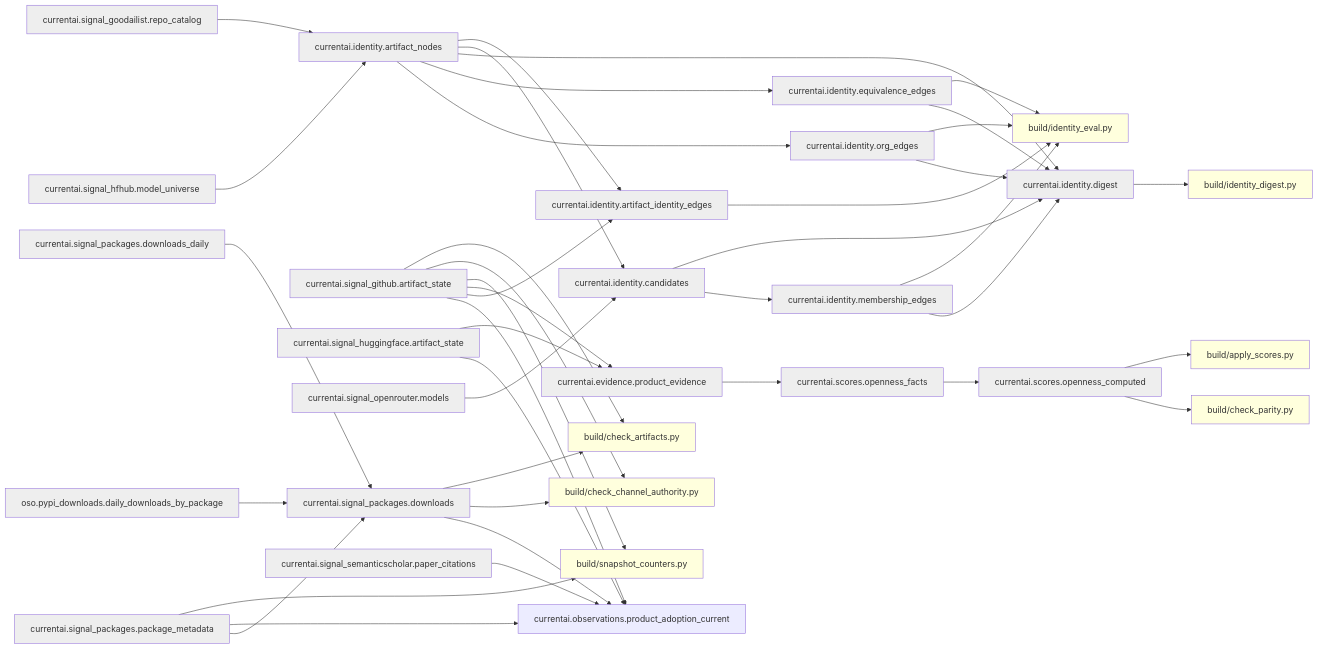
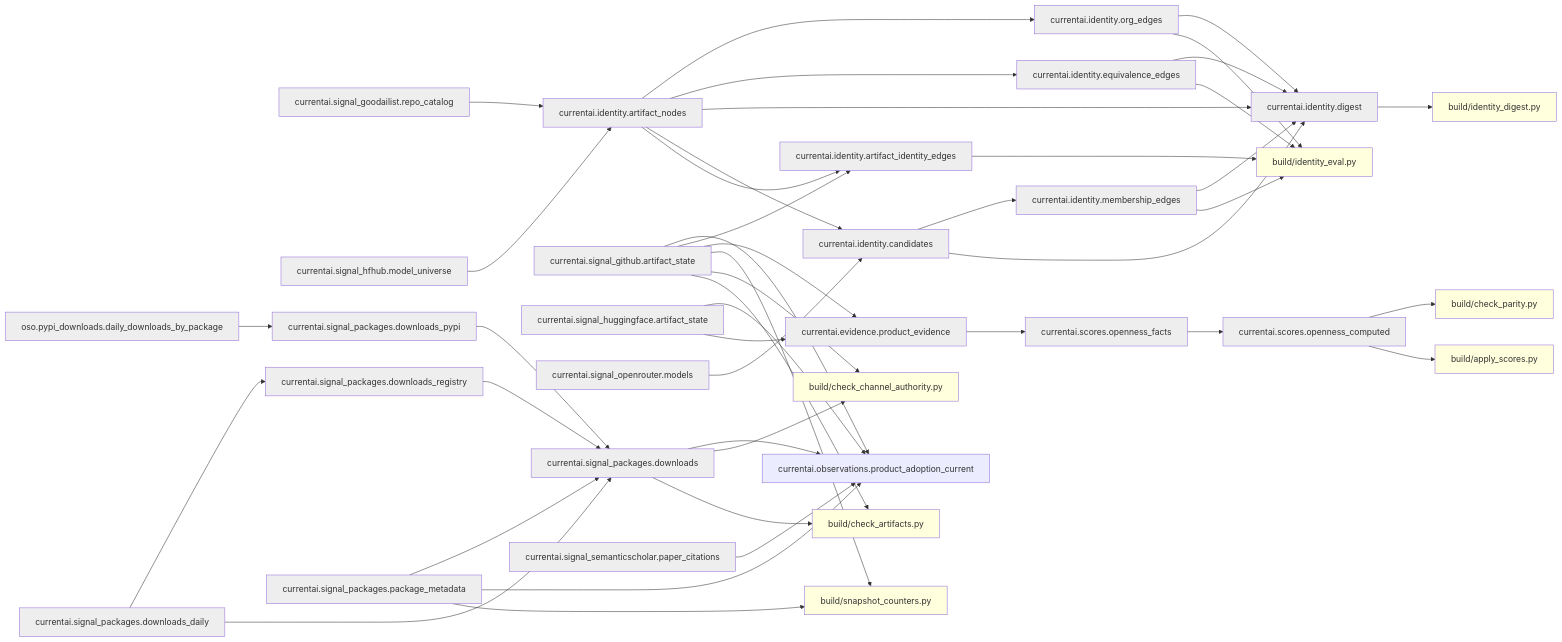
Before and after one commit to currentai-org/os-ai-map: the second of 3 diagrams in docs/architecture/current-state-dag.md, drawn with Mermaid. The commit also changed 6 other files, not shown here.

First line of the commit message:
chore(warehouse): mirror the two signal_packages feeders and fix the dependency graph

````diff
--- a/docs/architecture/current-state-dag.md
+++ b/docs/architecture/current-state-dag.md
@@ -93,45 +93,48 @@
 ```mermaid
 graph LR
   currentai__evidence__product_evidence[currentai.evidence.product_evidence]:::dep --> currentai__scores__openness_facts[currentai.scores.openness_facts]:::dep
   currentai__identity__artifact_identity_edges[currentai.identity.artifact_identity_edges]:::dep --> build/identity_eval__py[build/identity_eval.py]:::audit
   currentai__identity__artifact_nodes[currentai.identity.artifact_nodes]:::dep --> currentai__identity__artifact_identity_edges[currentai.identity.artifact_identity_edges]:::dep
   currentai__identity__artifact_nodes[currentai.identity.artifact_nodes]:::dep --> currentai__identity__candidates[currentai.identity.candidates]:::dep
   currentai__identity__artifact_nodes[currentai.identity.artifact_nodes]:::dep --> currentai__identity__digest[currentai.identity.digest]:::dep
   currentai__identity__artifact_nodes[currentai.identity.artifact_nodes]:::dep --> currentai__identity__equivalence_edges[currentai.identity.equivalence_edges]:::dep
   currentai__identity__artifact_nodes[currentai.identity.artifact_nodes]:::dep --> currentai__identity__org_edges[currentai.identity.org_edges]:::dep
   currentai__identity__candidates[currentai.identity.candidates]:::dep --> currentai__identity__digest[currentai.identity.digest]:::dep
   currentai__identity__candidates[currentai.identity.candidates]:::dep --> currentai__identity__membership_edges[currentai.identity.membership_edges]:::dep
   currentai__identity__digest[currentai.identity.digest]:::dep --> build/identity_digest__py[build/identity_digest.py]:::audit
   currentai__identity__equivalence_edges[currentai.identity.equivalence_edges]:::dep --> build/identity_eval__py[build/identity_eval.py]:::audit
   currentai__identity__equivalence_edges[currentai.identity.equivalence_edges]:::dep --> currentai__identity__digest[currentai.identity.digest]:::dep
   currentai__identity__membership_edges[currentai.identity.membership_edges]:::dep --> build/identity_eval__py[build/identity_eval.py]:::audit
   currentai__identity__membership_edges[currentai.identity.membership_edges]:::dep --> currentai__identity__digest[currentai.identity.digest]:::dep
   currentai__identity__org_edges[currentai.identity.org_edges]:::dep --> build/identity_eval__py[build/identity_eval.py]:::audit
   currentai__identity__org_edges[currentai.identity.org_edges]:::dep --> currentai__identity__digest[currentai.identity.digest]:::dep
   currentai__scores__openness_computed[currentai.scores.openness_computed]:::dep --> build/apply_scores__py[build/apply_scores.py]:::audit
   currentai__scores__openness_computed[currentai.scores.openness_computed]:::dep --> build/check_parity__py[build/check_parity.py]:::audit
   currentai__scores__openness_facts[currentai.scores.openness_facts]:::dep --> currentai__scores__openness_computed[currentai.scores.openness_computed]:::dep
   currentai__signal_github__artifact_state[currentai.signal_github.artifact_state]:::dep --> build/check_artifacts__py[build/check_artifacts.py]:::audit
   currentai__signal_github__artifact_state[currentai.signal_github.artifact_state]:::dep --> build/check_channel_authority__py[build/check_channel_authority.py]:::audit
   currentai__signal_github__artifact_state[currentai.signal_github.artifact_state]:::dep --> build/snapshot_counters__py[build/snapshot_counters.py]:::audit
   currentai__signal_github__artifact_state[currentai.signal_github.artifact_state]:::dep --> currentai__evidence__product_evidence[currentai.evidence.product_evidence]:::dep
   currentai__signal_github__artifact_state[currentai.signal_github.artifact_state]:::dep --> currentai__identity__artifact_identity_edges[currentai.identity.artifact_identity_edges]:::dep
   currentai__signal_github__artifact_state[currentai.signal_github.artifact_state]:::dep --> currentai__observations__product_adoption_current[currentai.observations.product_adoption_current]
   currentai__signal_goodailist__repo_catalog[currentai.signal_goodailist.repo_catalog]:::dep --> currentai__identity__artifact_nodes[currentai.identity.artifact_nodes]:::dep
   currentai__signal_hfhub__model_universe[currentai.signal_hfhub.model_universe]:::dep --> currentai__identity__artifact_nodes[currentai.identity.artifact_nodes]:::dep
   currentai__signal_huggingface__artifact_state[currentai.signal_huggingface.artifact_state]:::dep --> currentai__evidence__product_evidence[currentai.evidence.product_evidence]:::dep
   currentai__signal_huggingface__artifact_state[currentai.signal_huggingface.artifact_state]:::dep --> currentai__observations__product_adoption_current[currentai.observations.product_adoption_current]
   currentai__signal_openrouter__models[currentai.signal_openrouter.models]:::dep --> currentai__identity__candidates[currentai.identity.candidates]:::dep
   currentai__signal_packages__downloads[currentai.signal_packages.downloads]:::dep --> build/check_artifacts__py[build/check_artifacts.py]:::audit
   currentai__signal_packages__downloads[currentai.signal_packages.downloads]:::dep --> build/check_channel_authority__py[build/check_channel_authority.py]:::audit
   currentai__signal_packages__downloads[currentai.signal_packages.downloads]:::dep --> currentai__observations__product_adoption_current[currentai.observations.product_adoption_current]
   currentai__signal_packages__downloads_daily[currentai.signal_packages.downloads_daily]:::dep --> currentai__signal_packages__downloads[currentai.signal_packages.downloads]:::dep
+  currentai__signal_packages__downloads_daily[currentai.signal_packages.downloads_daily]:::dep --> currentai__signal_packages__downloads_registry[currentai.signal_packages.downloads_registry]:::dep
+  currentai__signal_packages__downloads_pypi[currentai.signal_packages.downloads_pypi]:::dep --> currentai__signal_packages__downloads[currentai.signal_packages.downloads]:::dep
+  currentai__signal_packages__downloads_registry[currentai.signal_packages.downloads_registry]:::dep --> currentai__signal_packages__downloads[currentai.signal_packages.downloads]:::dep
   currentai__signal_packages__package_metadata[currentai.signal_packages.package_metadata]:::dep --> build/snapshot_counters__py[build/snapshot_counters.py]:::audit
   currentai__signal_packages__package_metadata[currentai.signal_packages.package_metadata]:::dep --> currentai__observations__product_adoption_current[currentai.observations.product_adoption_current]
   currentai__signal_packages__package_metadata[currentai.signal_packages.package_metadata]:::dep --> currentai__signal_packages__downloads[currentai.signal_packages.downloads]:::dep
   currentai__signal_semanticscholar__paper_citations[currentai.signal_semanticscholar.paper_citations]:::dep --> currentai__observations__product_adoption_current[currentai.observations.product_adoption_current]
-  oso__pypi_downloads__daily_downloads_by_package[oso.pypi_downloads.daily_downloads_by_package]:::dep --> currentai__signal_packages__downloads[currentai.signal_packages.downloads]:::dep
+  oso__pypi_downloads__daily_downloads_by_package[oso.pypi_downloads.daily_downloads_by_package]:::dep --> currentai__signal_packages__downloads_pypi[currentai.signal_packages.downloads_pypi]:::dep
   classDef dep fill:#eee;
   classDef audit fill:#ffd;
   classDef src fill:#def;
 ```
````
